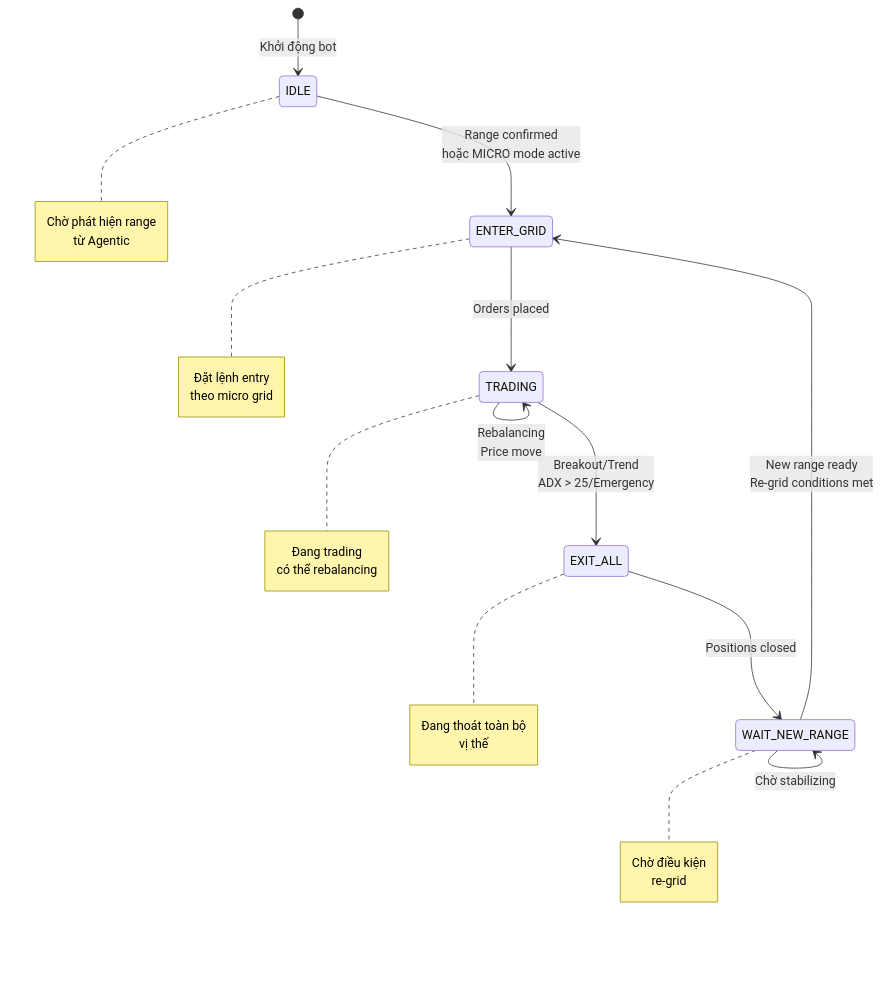
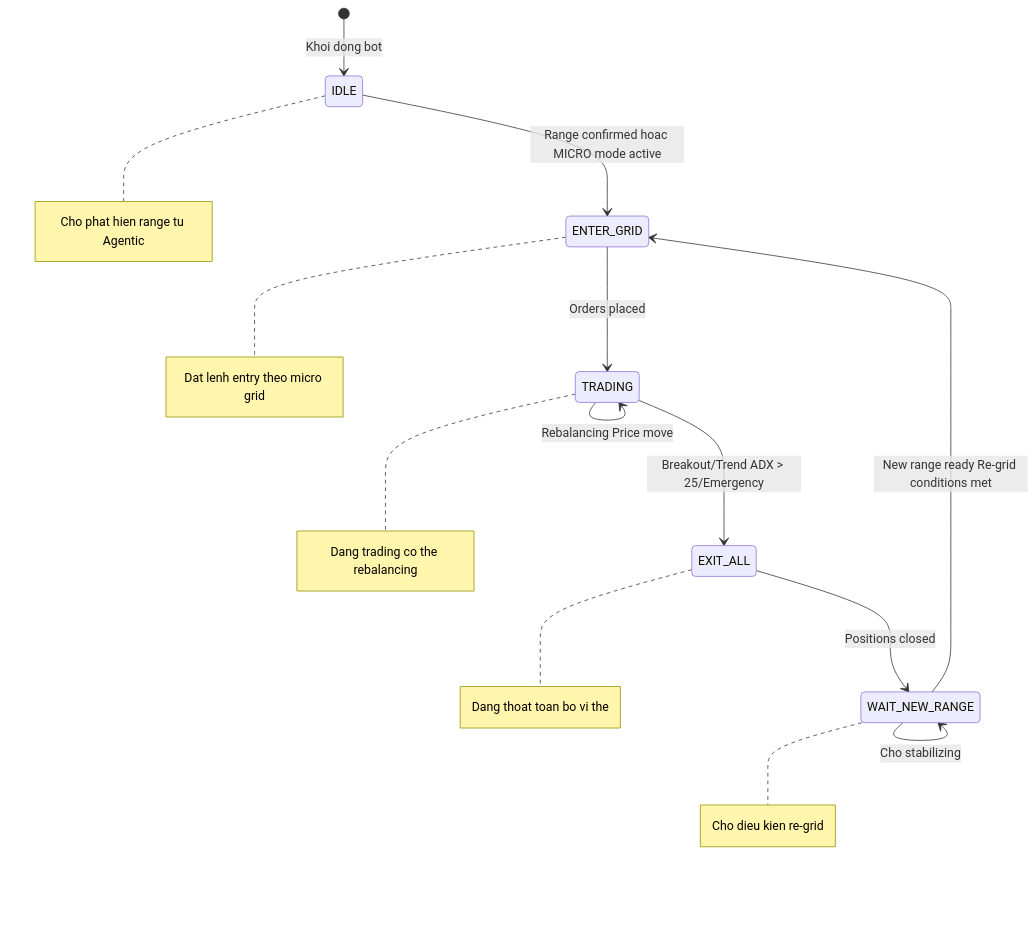
Before and after one commit to baolongdinh/aster-perp-trading: the third of 19 diagrams in AGENTIC_TRADING_NGHIEP_VU.md, drawn with Mermaid. The commit also changed other lines of this file and 12 other files, not shown here.

````diff
--- a/AGENTIC_TRADING_NGHIEP_VU.md
+++ b/AGENTIC_TRADING_NGHIEP_VU.md
@@ -111,17 +100,17 @@
 ```mermaid
-stateDiagram-v2
-    [*] --> IDLE: Khởi động bot
-    IDLE --> ENTER_GRID: Range confirmed<br/>hoặc MICRO mode active
+stateDiagram
+    [*] --> IDLE: Khoi dong bot
+    IDLE --> ENTER_GRID: Range confirmed hoac MICRO mode active
     ENTER_GRID --> TRADING: Orders placed
-    TRADING --> EXIT_ALL: Breakout/Trend<br/>ADX > 25/Emergency
-    TRADING --> TRADING: Rebalancing<br/>Price move
+    TRADING --> EXIT_ALL: Breakout/Trend ADX > 25/Emergency
+    TRADING --> TRADING: Rebalancing Price move
     EXIT_ALL --> WAIT_NEW_RANGE: Positions closed
-    WAIT_NEW_RANGE --> ENTER_GRID: New range ready<br/>Re-grid conditions met
-    WAIT_NEW_RANGE --> WAIT_NEW_RANGE: Chờ stabilizing
+    WAIT_NEW_RANGE --> ENTER_GRID: New range ready Re-grid conditions met
+    WAIT_NEW_RANGE --> WAIT_NEW_RANGE: Cho stabilizing
 
-    note right of IDLE: Chờ phát hiện range<br/>từ Agentic
-    note right of ENTER_GRID: Đặt lệnh entry<br/>theo micro grid
-    note right of TRADING: Đang trading<br/>có thể rebalancing
-    note right of EXIT_ALL: Đang thoát toàn bộ<br/>vị thế
-    note right of WAIT_NEW_RANGE: Chờ điều kiện<br/>re-grid
+    note right of IDLE: Cho phat hien range tu Agentic
+    note right of ENTER_GRID: Dat lenh entry theo micro grid
+    note right of TRADING: Dang trading co the rebalancing
+    note right of EXIT_ALL: Dang thoat toan bo vi the
+    note right of WAIT_NEW_RANGE: Cho dieu kien re-grid
 ```
````
